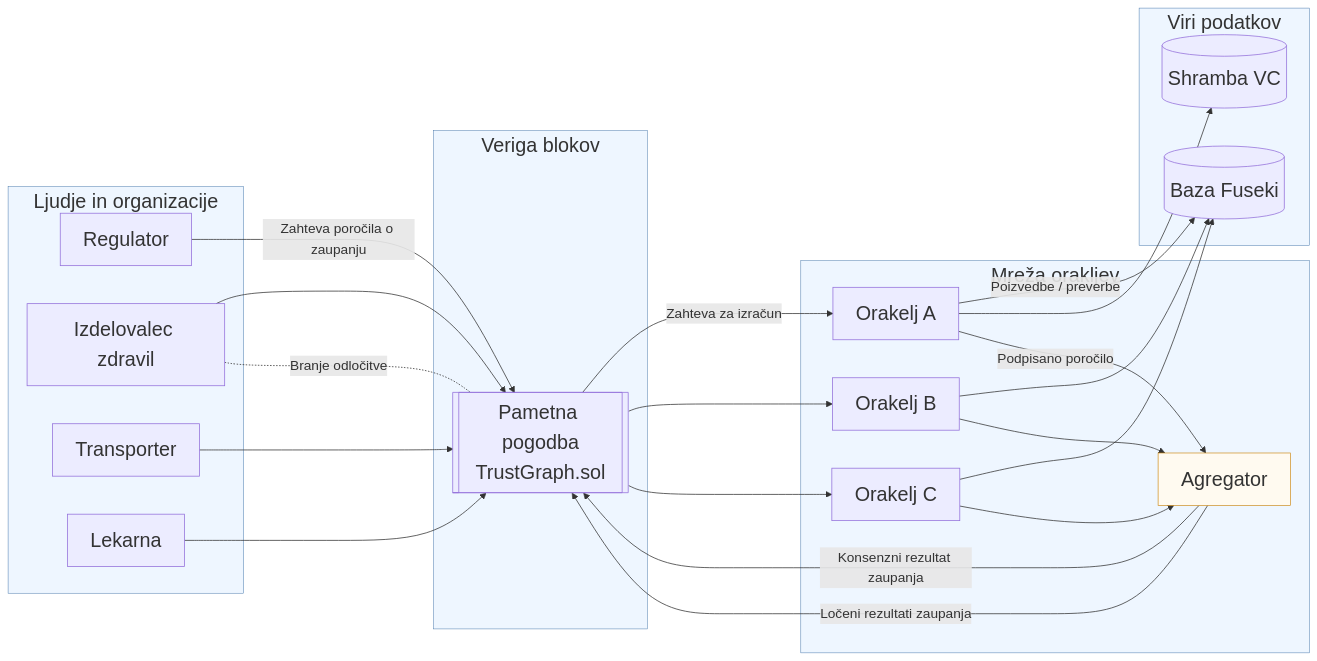
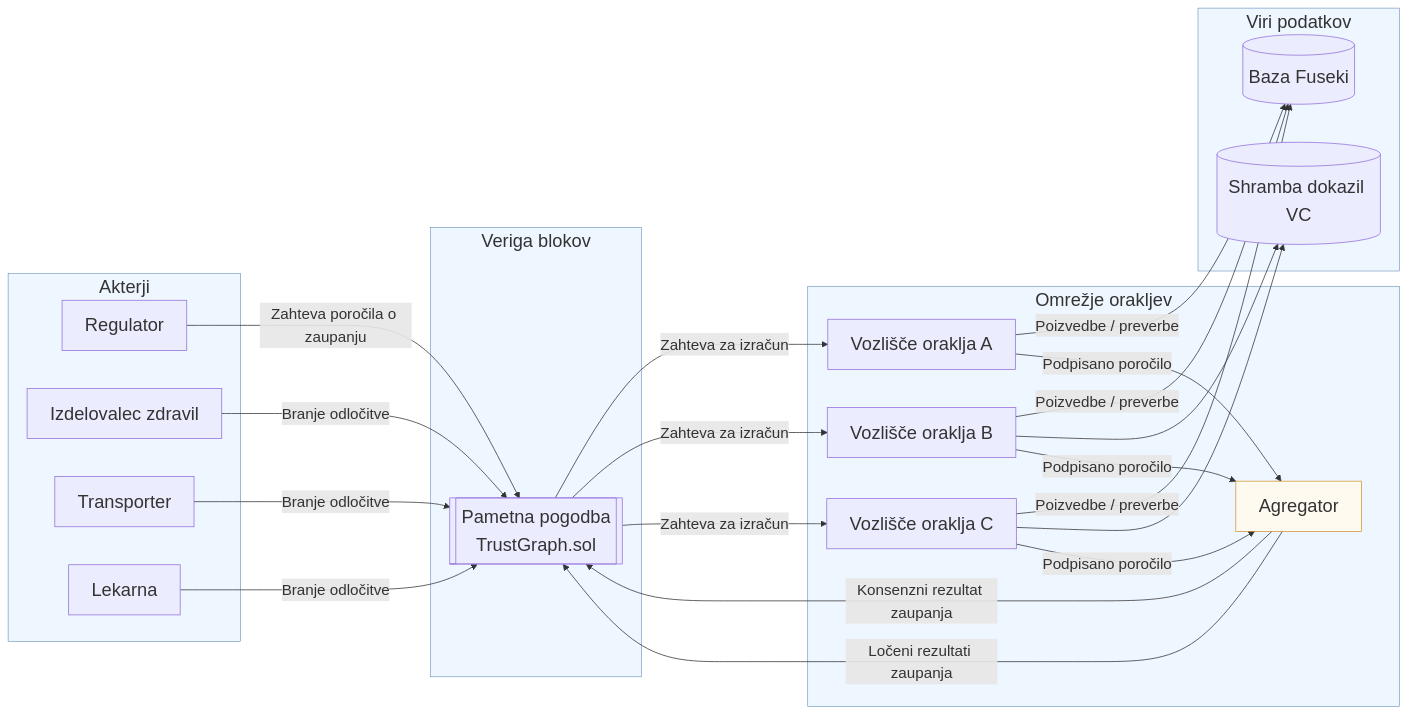
Before and after one commit to zanp98/trust-management: the diagram in docs/architecture-context.mmd, drawn with Mermaid.

Commit message:
Change architecture diagram

```diff
--- a/docs/architecture-context.mmd
+++ b/docs/architecture-context.mmd
@@ -1,61 +1,53 @@
-%%{init: {"themeVariables": { "fontSize": "18px" }}}%%
+---
+config:
+  themeVariables:
+    fontSize: 20px
+  theme: default
+---
 flowchart LR
-  %% Razredi
-  classDef area fill:#eef6ff,stroke:#3a6ea5,stroke-width:0.6px;
+  classDef area fill:#eef6ff,stroke:#3a6ea5,stroke-width:0.6px,font-size:24px;
   classDef soft fill:#fffaf0,stroke:#c77e00,stroke-width:0.8px;
-  classDef bigText font-size:26px;
+  classDef bigText font-size:24px;
 
-  subgraph Ljudje [Ljudje in organizacije]
+  subgraph Ljudje [Akterji]
     A[Regulator]
     P[Izdelovalec zdravil]
     L[Transporter]
     K[Lekarna]
   end
 
   subgraph Veriga [Veriga blokov]
     TG[[Pametna pogodba<br/>TrustGraph.sol]]
   end
 
-  subgraph Oraklji [Mreža orakljev]
-    N1[Orakelj A]
-    N2[Orakelj B]
-    N3[Orakelj C]
+  subgraph Oraklji [Omrežje orakljev]
+    N1[Vozlišče oraklja A]
+    N2[Vozlišče oraklja B]
+    N3[Vozlišče oraklja C]
     Agg[Agregator]:::soft
   end
 
   subgraph Viri [Viri podatkov]
-    VC[(Shramba VC)]
+    VC[(Shramba dokazil VC)]
     KB[(Baza Fuseki)]
   end
+  A -- Zahteva poročila o zaupanju --> TG
+  P -- Branje odločitve --> TG
+  L -- Branje odločitve --> TG
+  K -- Branje odločitve --> TG
+  TG -- Zahteva za izračun --> N1
+  TG -- Zahteva za izračun --> N2
+  TG -- Zahteva za izračun --> N3
+  N1 -- Poizvedbe / preverbe --> KB
+  N2 -- Poizvedbe / preverbe --> KB
+  N3 -- Poizvedbe / preverbe --> KB
 
-  %% --- Ljudje -> veriga ---
-  A -- Zahteva poročila o zaupanju --> TG
-  P --> TG
-  L --> TG
-  K --> TG
-  %% samo ena puščica z labelo za "Branje odločitve"
-  P -. Branje odločitve .- TG
-
-  %% --- Veriga -> oraklji ---
-  TG -- Zahteva za izračun --> N1
-  TG --> N2
-  TG --> N3
-
-  %% --- Oraklji -> viri ---
-  N1 -- Poizvedbe / preverbe --> KB
-  N1 --> VC
-  N2 --> KB
-  N3 --> KB
-
-  %% --- Oraklji -> agregator ---
+  N2 --> VC
+  N3 --> VC
   N1 -- Podpisano poročilo --> Agg
-  N2 --> Agg
-  N3 --> Agg
-
-  %% --- Agregator -> veriga ---
+  N2 -- Podpisano poročilo --> Agg
+  N3 -- Podpisano poročilo --> Agg
   Agg -- Konsenzni rezultat zaupanja --> TG
   Agg -- Ločeni rezultati zaupanja --> TG
-
-  %% večji font za glavna vozlišča
-  class A,P,L,K,TG,N1,N2,N3,Agg,VC,KB,Ljudje,Veriga,Oraklji,Viri bigText;
+  class A,P,L,K,TG,N1,N2,N3,Agg,VC,KB bigText;
   class Ljudje,Veriga,Oraklji,Viri area;
```
